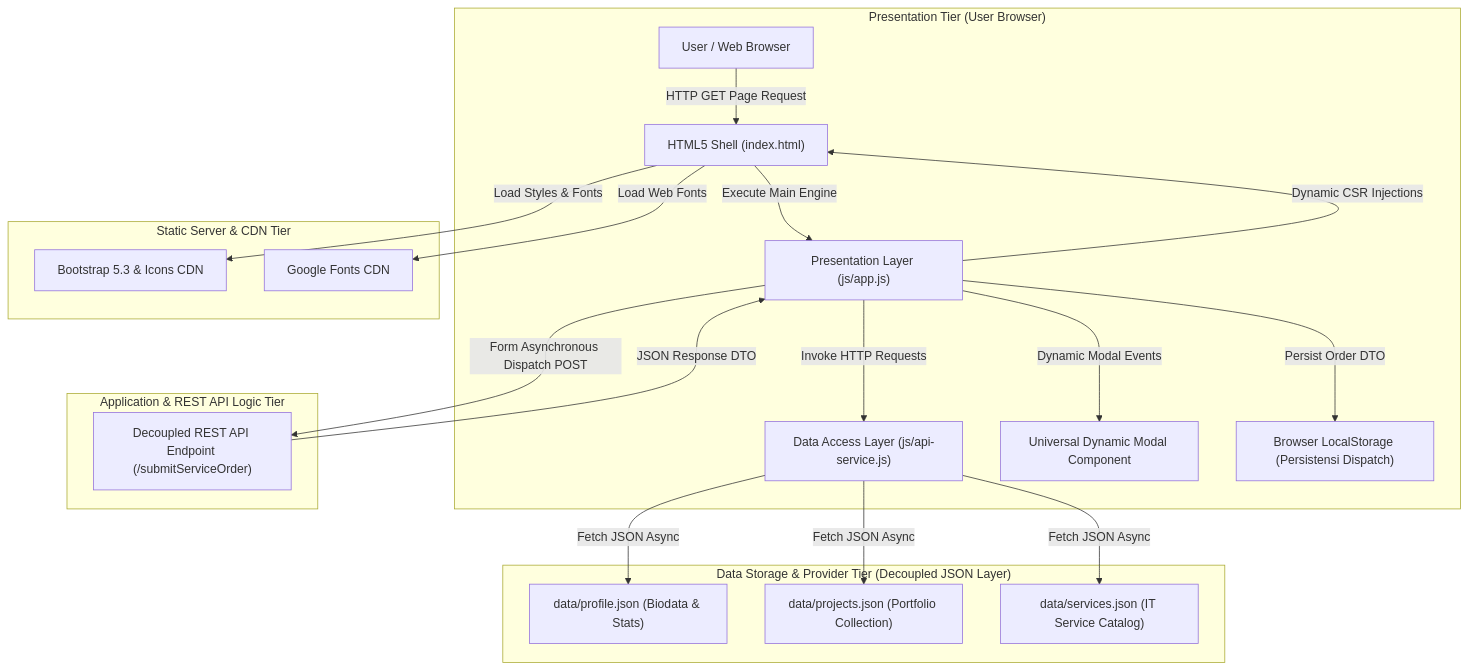
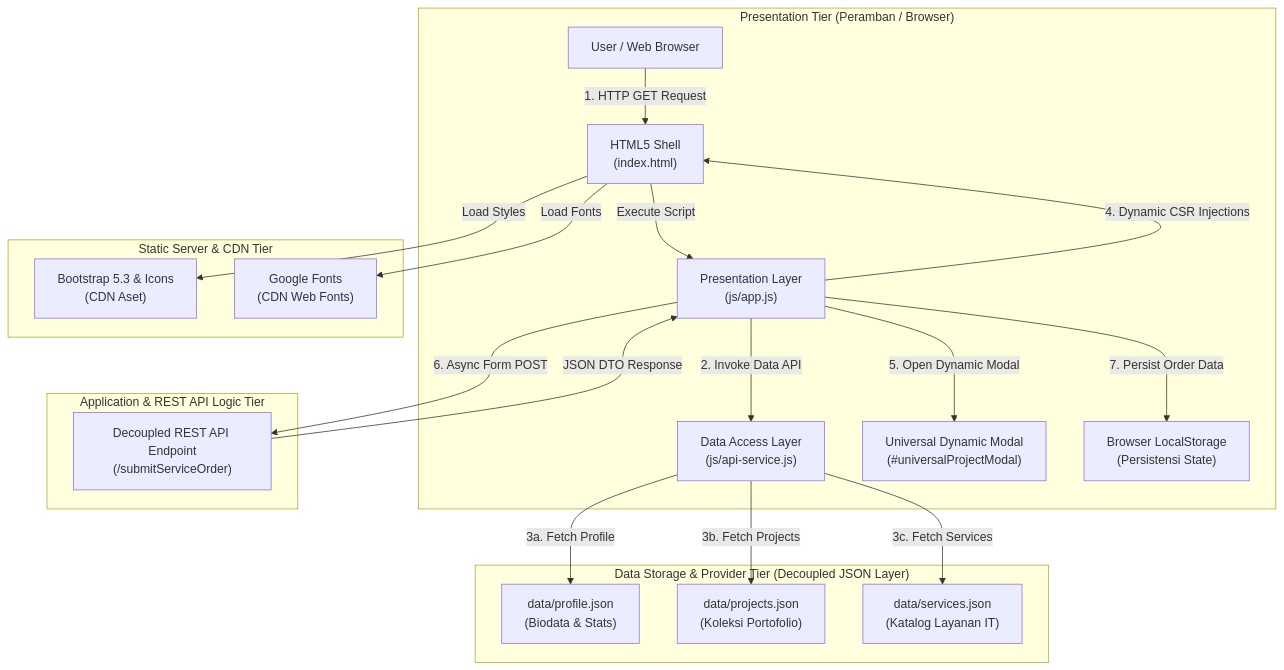
Before and after one commit to KelvinMarpaung18/ppw-2026-week2-12S24018: the diagram in README.md, drawn with Mermaid.

Commit message:
feat(week4): decouple architecture to json data providers and async CSR

````diff
--- a/README.md
+++ b/README.md
@@ -31,40 +31,43 @@
 ```mermaid
-graph TD
-    subgraph ClientTier ["Presentation Tier (User Browser)"]
+flowchart TB
+    subgraph ClientTier ["Presentation Tier (Peramban / Browser)"]
         User["User / Web Browser"]
-        DOMShell["HTML5 Shell (index.html)"]
-        JSApp["Presentation Layer (js/app.js)"]
-        JSDAL["Data Access Layer (js/api-service.js)"]
-        ModalComp["Universal Dynamic Modal Component"]
-        LocalStorage["Browser LocalStorage (Persistensi Dispatch)"]
+        DOMShell["HTML5 Shell<br/>(index.html)"]
+        JSApp["Presentation Layer<br/>(js/app.js)"]
+        JSDAL["Data Access Layer<br/>(js/api-service.js)"]
+        ModalComp["Universal Dynamic Modal<br/>(#universalProjectModal)"]
+        LocalStorage["Browser LocalStorage<br/>(Persistensi State)"]
     end
 
-    subgraph StaticCDNTier ["Static Server & CDN Tier"]
-        BootstrapCDN["Bootstrap 5.3 & Icons CDN"]
-        GoogleFonts["Google Fonts CDN"]
+    subgraph CDNTier ["Static Server & CDN Tier"]
+        BootstrapCDN["Bootstrap 5.3 & Icons<br/>(CDN Aset)"]
+        GoogleFonts["Google Fonts<br/>(CDN Web Fonts)"]
     end
 
-    subgraph DataProviderTier ["Data Storage & Provider Tier (Decoupled JSON Layer)"]
-        ProfileJSON["data/profile.json (Biodata & Stats)"]
-        ProjectsJSON["data/projects.json (Portfolio Collection)"]
-        ServicesJSON["data/services.json (IT Service Catalog)"]
+    subgraph DataTier ["Data Storage & Provider Tier (Decoupled JSON Layer)"]
+        ProfileJSON["data/profile.json<br/>(Biodata & Stats)"]
+        ProjectsJSON["data/projects.json<br/>(Koleksi Portofolio)"]
+        ServicesJSON["data/services.json<br/>(Katalog Layanan IT)"]
     end
 
-    subgraph ServiceLogicTier ["Application & REST API Logic Tier"]
-        MockREST["Decoupled REST API Endpoint (/submitServiceOrder)"]
+    subgraph APITier ["Application & REST API Logic Tier"]
+        MockREST["Decoupled REST API Endpoint<br/>(/submitServiceOrder)"]
     end
 
-    User -->|HTTP GET Page Request| DOMShell
-    DOMShell -->|Load Styles & Fonts| BootstrapCDN
-    DOMShell -->|Load Web Fonts| GoogleFonts
-    DOMShell -->|Execute Main Engine| JSApp
-    JSApp -->|Invoke HTTP Requests| JSDAL
-    JSDAL -->|Fetch JSON Async| ProfileJSON
-    JSDAL -->|Fetch JSON Async| ProjectsJSON
-    JSDAL -->|Fetch JSON Async| ServicesJSON
-    JSApp -->|Dynamic CSR Injections| DOMShell
-    JSApp -->|Dynamic Modal Events| ModalComp
-    JSApp -->|Form Asynchronous Dispatch POST| MockREST
-    MockREST -->|JSON Response DTO| JSApp
-    JSApp -->|Persist Order DTO| LocalStorage
+    %% Hubungan dan Alur Komunikasi
+    User -->|1. HTTP GET Request| DOMShell
+    DOMShell -->|Load Styles| BootstrapCDN
+    DOMShell -->|Load Fonts| GoogleFonts
+    DOMShell -->|Execute Script| JSApp
+
+    JSApp -->|2. Invoke Data API| JSDAL
+    JSDAL -->|3a. Fetch Profile| ProfileJSON
+    JSDAL -->|3b. Fetch Projects| ProjectsJSON
+    JSDAL -->|3c. Fetch Services| ServicesJSON
+
+    JSApp -->|4. Dynamic CSR Injections| DOMShell
+    JSApp -->|5. Open Dynamic Modal| ModalComp
+    JSApp -->|6. Async Form POST| MockREST
+    MockREST -->|JSON DTO Response| JSApp
+    JSApp -->|7. Persist Order Data| LocalStorage
 ```
````
